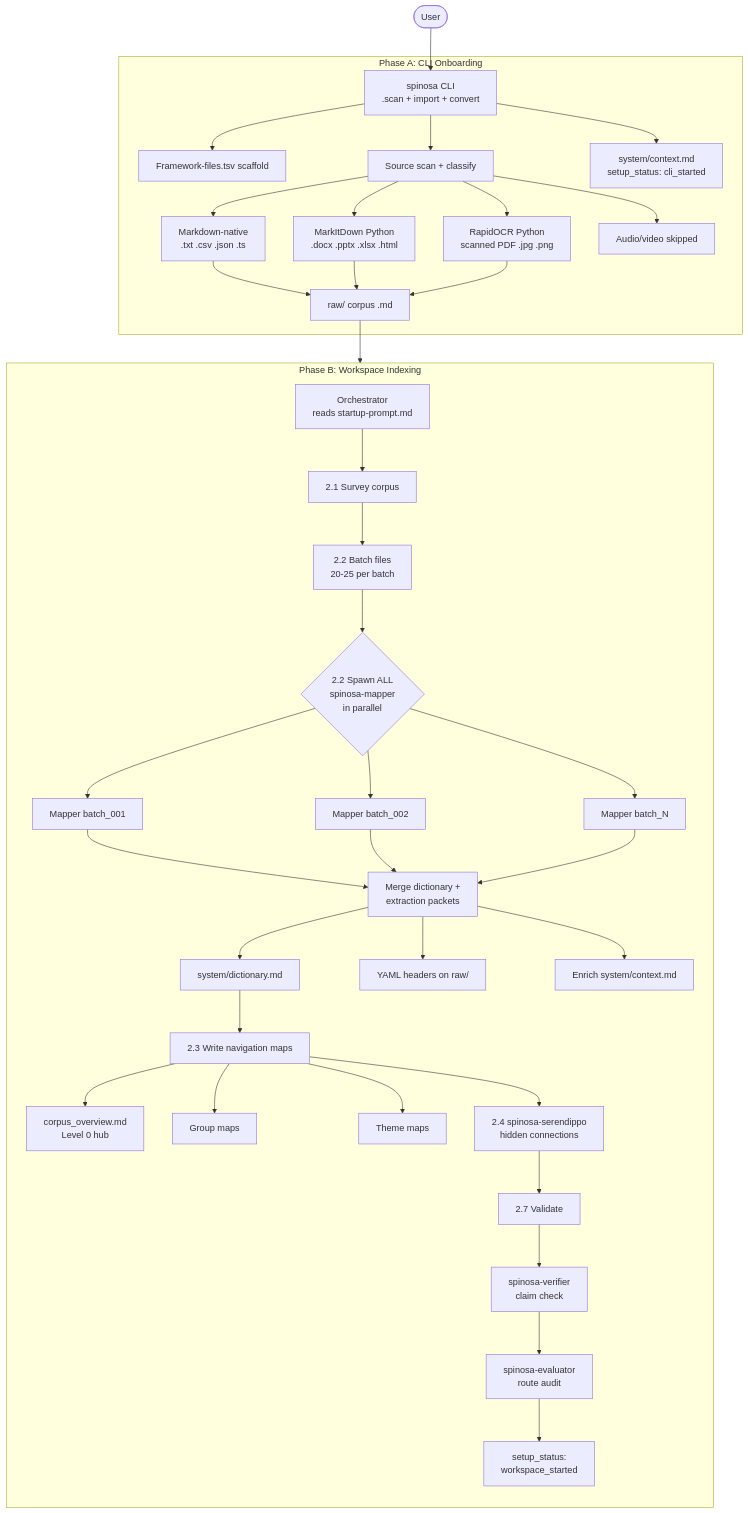
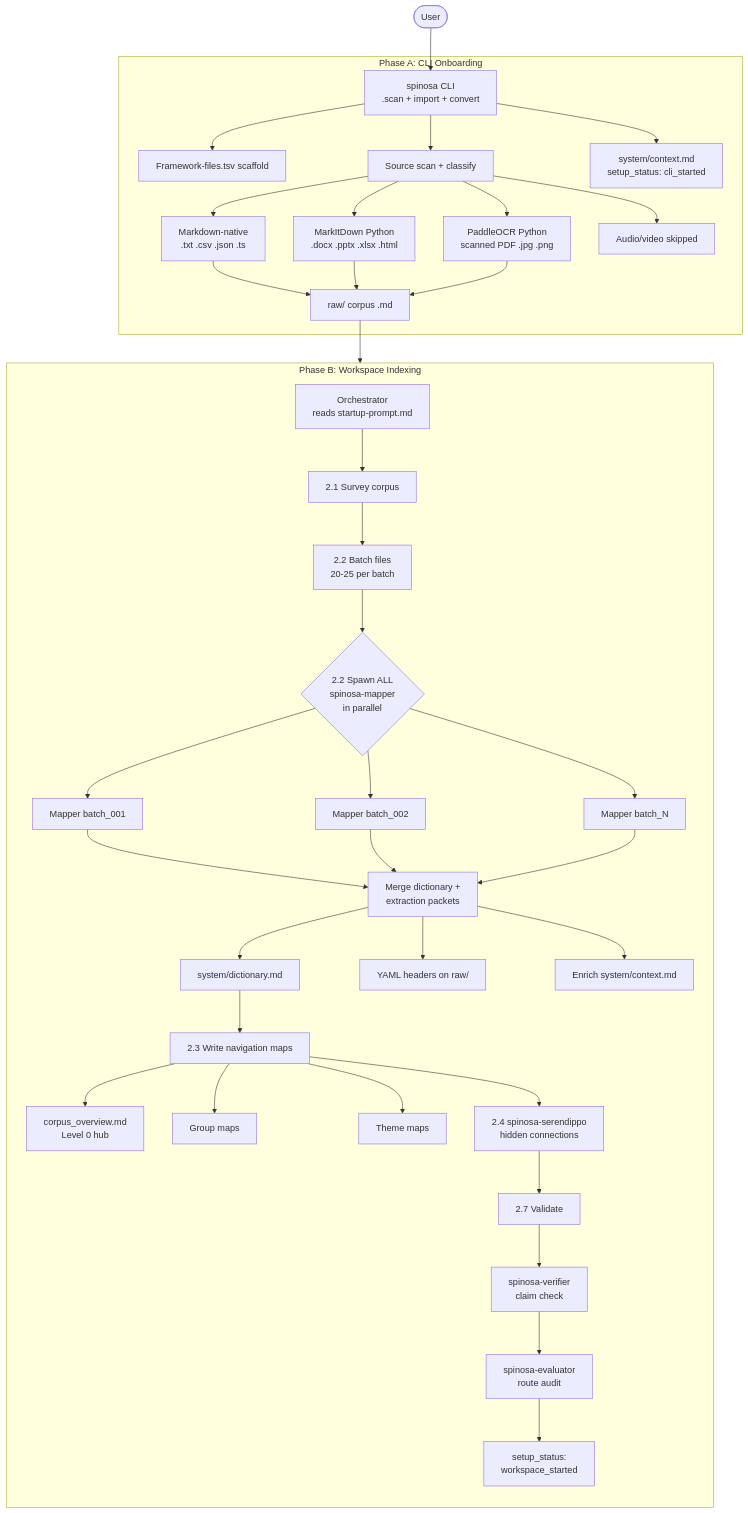
One commit to TommasoPrinetti/spinosa changed the first of 9 diagrams in workspace-template/docs/diagrams.md. Above: the diagram before and after it, drawn with Mermaid. The commit also changed other lines of this file and 49 other files, not shown here.

````diff
--- a/workspace-template/docs/diagrams.md
+++ b/workspace-template/docs/diagrams.md
@@ -17,40 +17,40 @@
 ```mermaid
 flowchart TB
     User([User]) --> CLI[spinosa CLI\n.scan + import + convert]
 
     subgraph Onboarding ["Phase A: CLI Onboarding"]
         CLI --> FS[Framework-files.tsv scaffold]
         CLI --> SRC[Source scan + classify]
         SRC --> MD[Markdown-native\n.txt .csv .json .ts]
         SRC --> MKD[MarkItDown Python\n.docx .pptx .xlsx .html]
-        SRC --> OCR[RapidOCR Python\nscanned PDF .jpg .png]
+        SRC --> OCR[PaddleOCR Python\nscanned PDF .jpg .png]
         SRC --> SKIP[Audio/video skipped]
         MD & MKD & OCR --> RAW[raw/ corpus .md]
         CLI --> CFG[system/context.md\nsetup_status: cli_started]
     end
 
     subgraph Indexing ["Phase B: Workspace Indexing"]
         direction TB
         ORCH_0[Orchestrator\nreads startup-prompt.md] --> SURVEY[2.1 Survey corpus]
         SURVEY --> BATCH[2.2 Batch files\n20-25 per batch]
         BATCH --> PAR_MAP{2.2 Spawn ALL\nspinosa-mapper\nin parallel}
         PAR_MAP --> M1[Mapper batch_001]
         PAR_MAP --> M2[Mapper batch_002]
         PAR_MAP --> MN[Mapper batch_N]
         M1 & M2 & MN --> MERGE[Merge dictionary +\nextraction packets]
         MERGE --> DICT[system/dictionary.md]
         MERGE --> YAML[YAML headers on raw/]
         MERGE --> CTX[Enrich system/context.md]
         DICT --> MAPS[2.3 Write navigation maps]
         MAPS --> HUB[corpus_overview.md\nLevel 0 hub]
         MAPS --> GROUPS[Group maps]
         MAPS --> THEMES[Theme maps]
         MAPS --> SEREN[2.4 spinosa-serendippo\nhidden connections]
         SEREN --> VAL[2.7 Validate]
         VAL --> VER[spinosa-verifier\nclaim check]
         VER --> EVAL[spinosa-evaluator\nroute audit]
         EVAL --> DONE[setup_status:\nworkspace_started]
     end
 
     RAW --> ORCH_0
 ```
````
